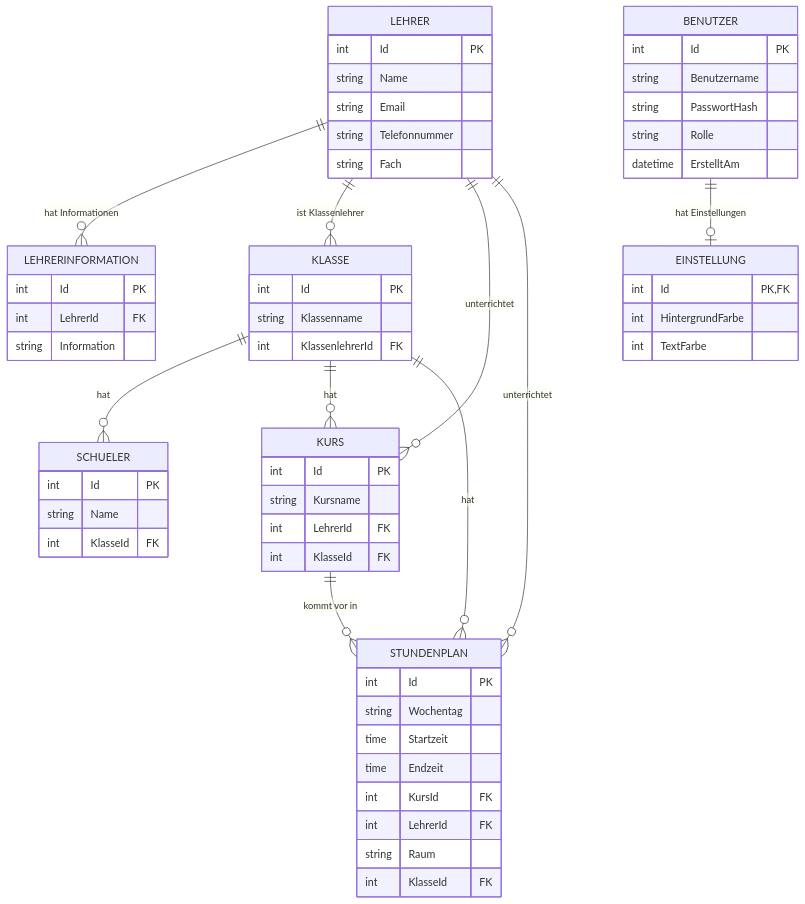
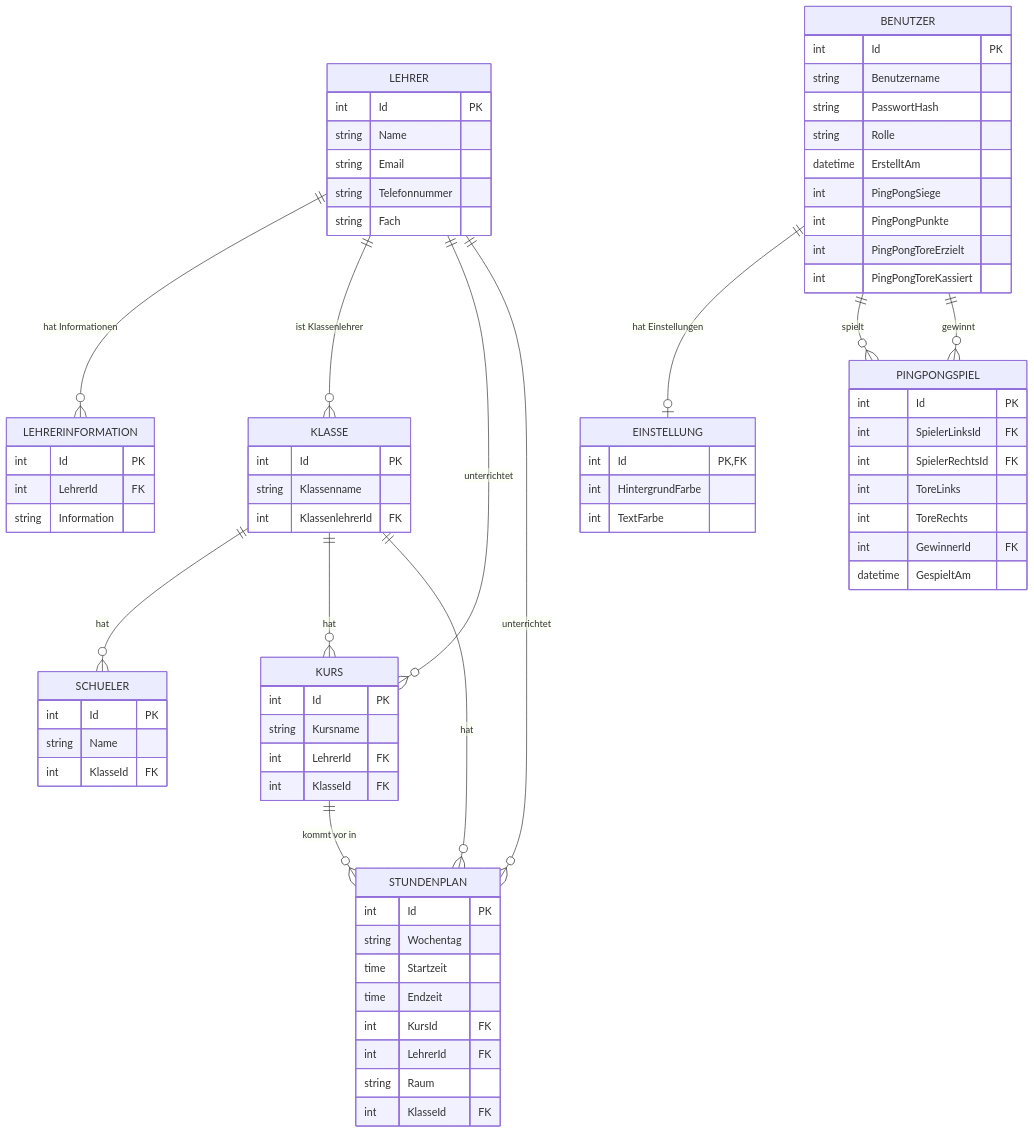
Before and after one commit to FionnLaesser/SchulApp: the diagram in README.md, drawn with Mermaid. The commit also changed other lines of this file and 5 other files, not shown here.

````diff
--- a/README.md
+++ b/README.md
@@ -293,6 +417,5 @@
 ```mermaid
 erDiagram
-
     SCHUELER {
         int Id PK
         string Name
@@ -343,12 +466,26 @@
         string PasswortHash
         string Rolle
         datetime ErstelltAm
+        int PingPongSiege
+        int PingPongPunkte
+        int PingPongToreErzielt
+        int PingPongToreKassiert
     }
 
     EINSTELLUNG {
         int Id PK, FK
         int HintergrundFarbe
         int TextFarbe
+    }
+
+    PINGPONGSPIEL {
+        int Id PK
+        int SpielerLinksId FK
+        int SpielerRechtsId FK
+        int ToreLinks
+        int ToreRechts
+        int GewinnerId FK
+        datetime GespieltAm
     }
 
     KLASSE ||--o{ SCHUELER : "hat"
@@ -360,4 +497,6 @@
     LEHRER ||--o{ STUNDENPLAN : "unterrichtet"
     KLASSE ||--o{ STUNDENPLAN : "hat"
     BENUTZER ||--o| EINSTELLUNG : "hat Einstellungen"
+    BENUTZER ||--o{ PINGPONGSPIEL : "spielt"
+    BENUTZER ||--o{ PINGPONGSPIEL : "gewinnt"
 ```
````
